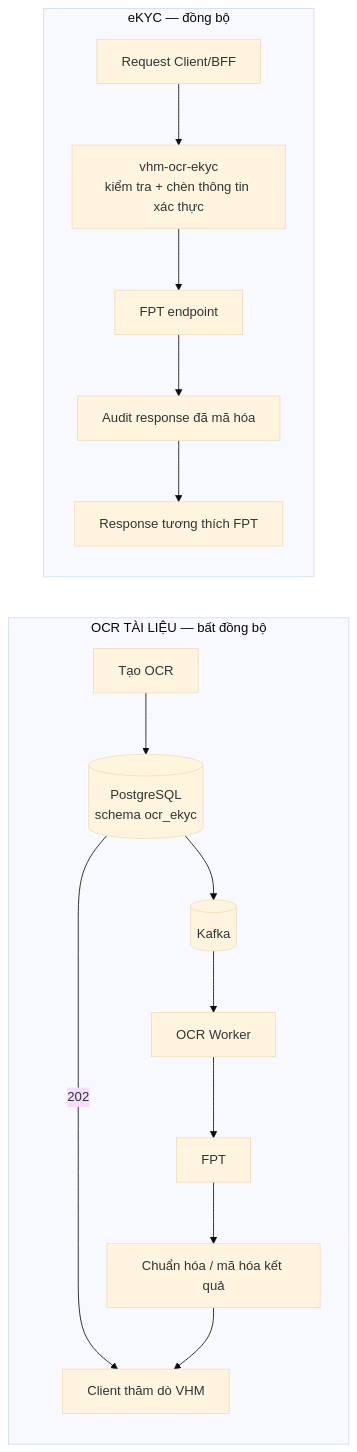
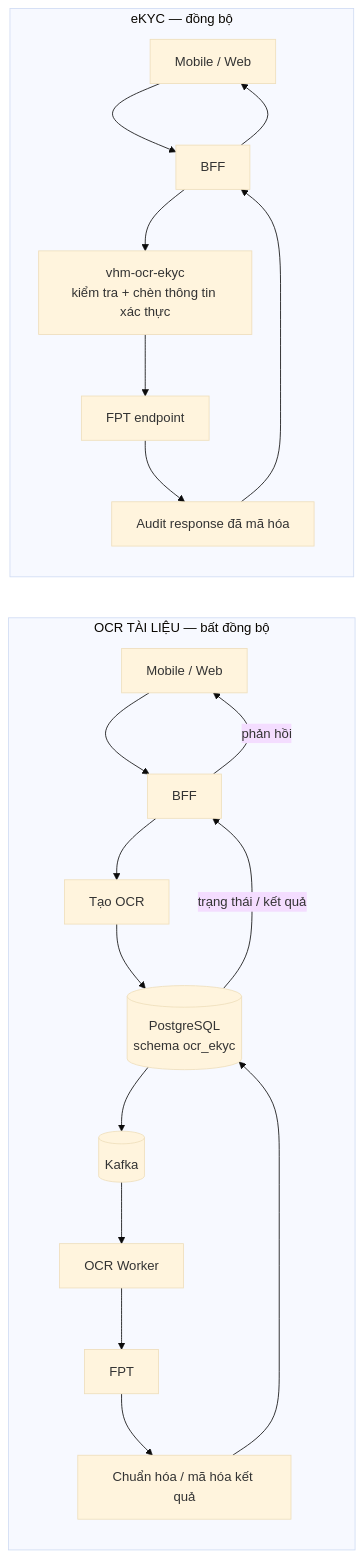
Before and after one commit to huynv-xyz/vhm: the third of 12 diagrams in tdd-ocr-ekyc.md, drawn with Mermaid (base theme). The commit also changed other lines of this file, not shown here.

````diff
--- a/tdd-ocr-ekyc.md
+++ b/tdd-ocr-ekyc.md
@@ -303,18 +304,21 @@
 ```mermaid
 flowchart LR
     subgraph OCR[OCR TÀI LIỆU — bất đồng bộ]
-        C[Tạo OCR] --> T[(PostgreSQL<br/>schema ocr_ekyc)]
-        T -->|202| P[Client thăm dò VHM]
+        M[Mobile / Web] --> B[BFF] --> C[Tạo OCR]
+        C --> T[(PostgreSQL<br/>schema ocr_ekyc)]
+        T -->|trạng thái / kết quả| B
+        B -->|phản hồi| M
         T --> K[(Kafka)] --> W[OCR Worker]
         W --> PR[FPT]
         PR --> N[Chuẩn hóa / mã hóa kết quả]
-        N --> P
+        N --> T
     end
 
     subgraph EKYC[eKYC — đồng bộ]
-        S[Request Client/BFF] --> E[vhm-ocr-ekyc<br/>kiểm tra + chèn thông tin xác thực]
+        M2[Mobile / Web] --> B2[BFF] --> E[vhm-ocr-ekyc<br/>kiểm tra + chèn thông tin xác thực]
         E --> F[FPT endpoint]
         F --> A[Audit response đã mã hóa]
-        A --> R[Response tương thích FPT]
+        A --> B2
+        B2 --> M2
     end
 ```
````
